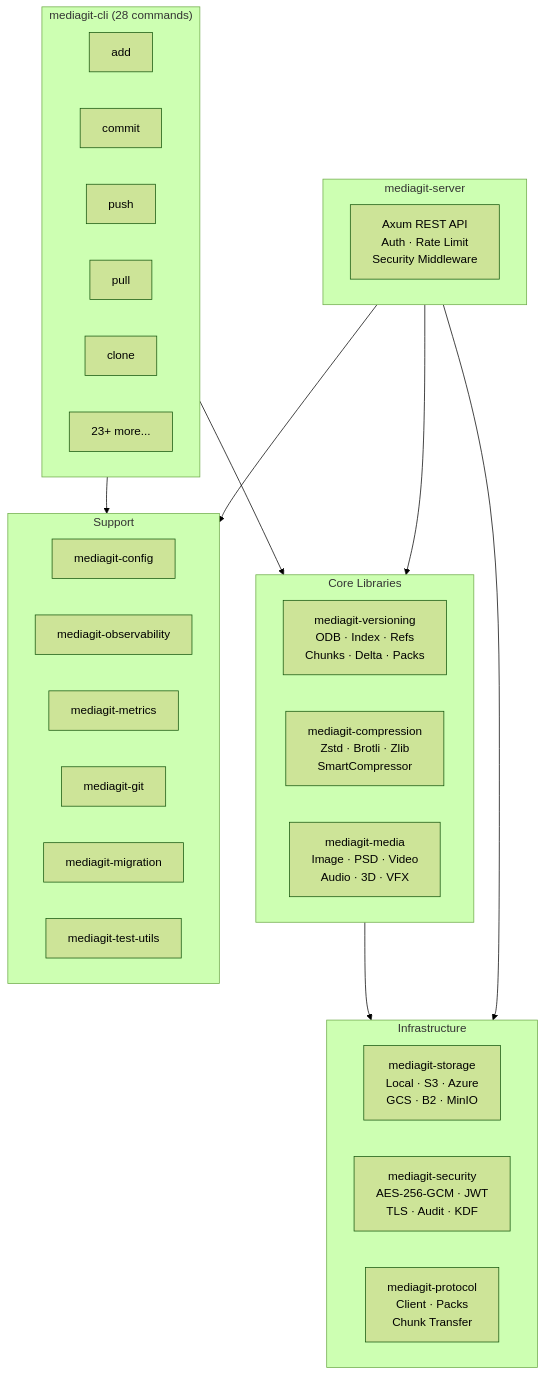
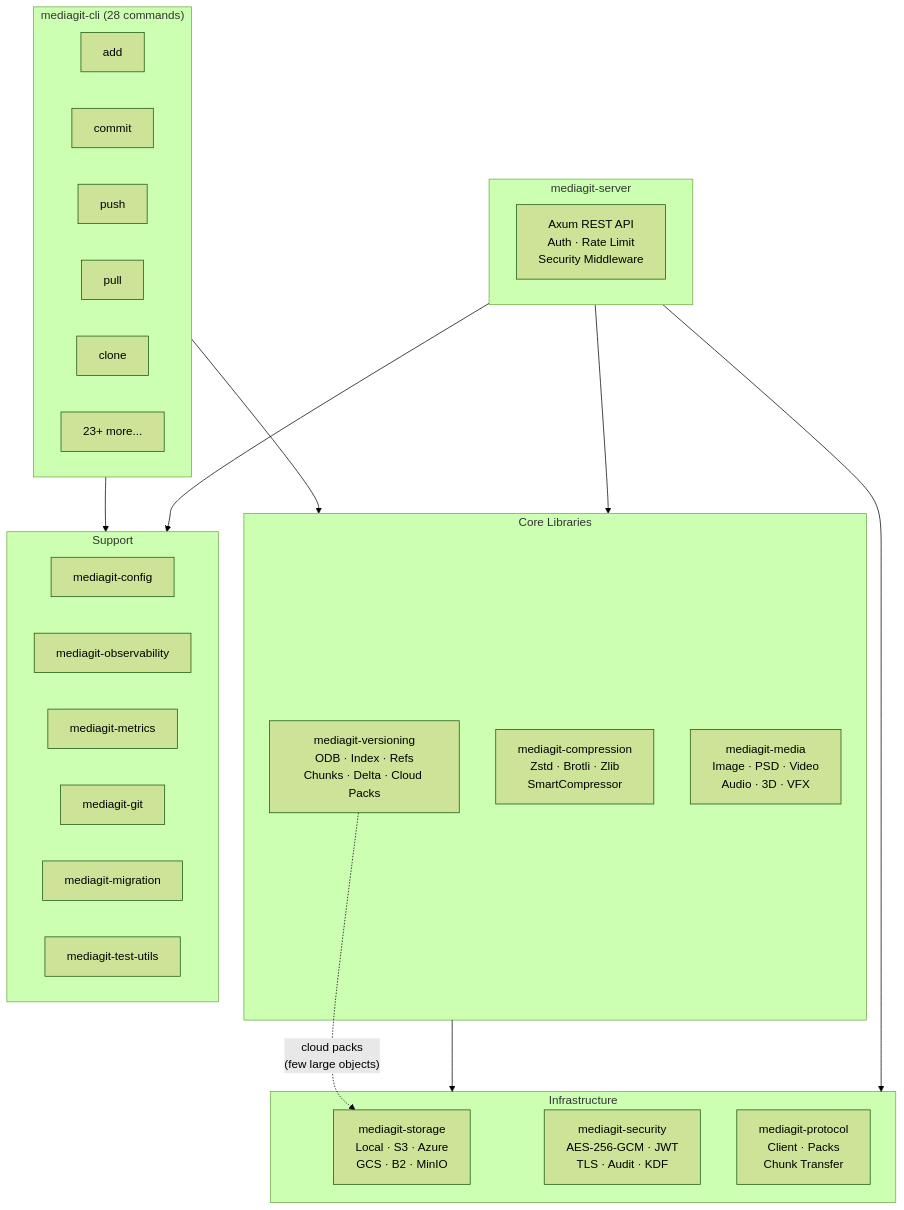
The first of 14 diagrams in ARCHITECTURE.md (winnyboy5/mediagit-core), drawn with Mermaid (forest theme) before and after one commit. The commit also changed other lines of this file and 50 other files, not shown here.

````diff
--- a/ARCHITECTURE.md
+++ b/ARCHITECTURE.md
@@ -10,43 +10,44 @@
 ```mermaid
 graph TD
     subgraph CLI["mediagit-cli (28 commands)"]
         ADD["add"]
         COMMIT["commit"]
         PUSH["push"]
         PULL["pull"]
         CLONE["clone"]
         OTHER["23+ more..."]
     end
 
     subgraph Core["Core Libraries"]
-        VER["mediagit-versioning<br/>ODB · Index · Refs<br/>Chunks · Delta · Packs"]
+        VER["mediagit-versioning<br/>ODB · Index · Refs<br/>Chunks · Delta · Cloud Packs"]
         COMP["mediagit-compression<br/>Zstd · Brotli · Zlib<br/>SmartCompressor"]
         MEDIA["mediagit-media<br/>Image · PSD · Video<br/>Audio · 3D · VFX"]
     end
 
     subgraph Infra["Infrastructure"]
         STORE["mediagit-storage<br/>Local · S3 · Azure<br/>GCS · B2 · MinIO"]
         SEC["mediagit-security<br/>AES-256-GCM · JWT<br/>TLS · Audit · KDF"]
         PROTO["mediagit-protocol<br/>Client · Packs<br/>Chunk Transfer"]
     end
 
     subgraph Support["Support"]
         CFG["mediagit-config"]
         OBS["mediagit-observability"]
         MET["mediagit-metrics"]
         GIT["mediagit-git"]
         MIG["mediagit-migration"]
         TEST["mediagit-test-utils"]
     end
 
     subgraph Server["mediagit-server"]
         AXUM["Axum REST API<br/>Auth · Rate Limit<br/>Security Middleware"]
     end
 
     CLI --> Core
     Core --> Infra
     Server --> Core
     Server --> Infra
     CLI --> Support
     Server --> Support
+    VER -.->|"cloud packs<br/>(few large objects)"| STORE
 ```
````
